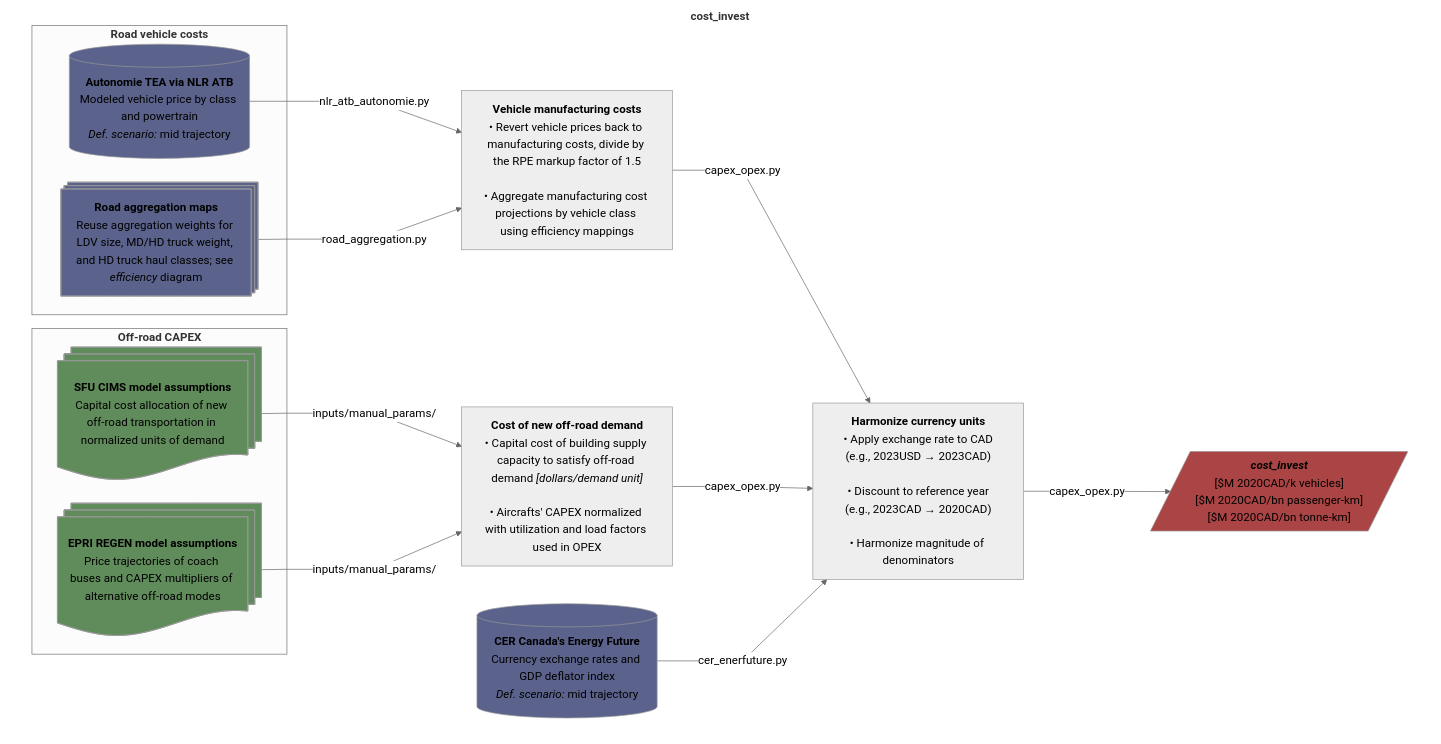
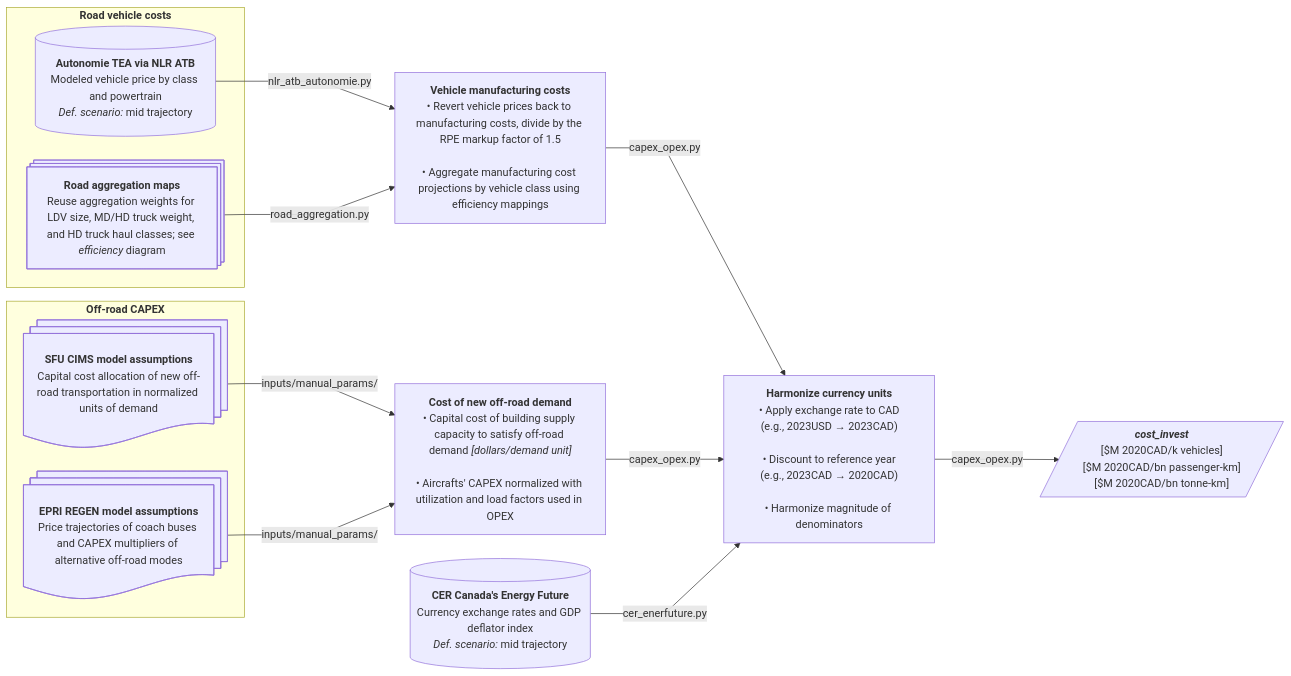
Before and after one commit to CANOE-main/canoe-transportation: the eighth of 9 diagrams in README.md, drawn with Mermaid. The commit also changed other lines of this file, not shown here.

Commit message:
Finally fixed flowchart color rendering. - removed any custom color rules and left themes by default. This fixes color rendering mismatches.

````diff
--- a/README.md
+++ b/README.md
@@ -595,62 +499,46 @@
 ```mermaid
 ---
 config:
   layout: dagre
-  theme: neutral
-  themeVariables:
-    fontSize: 17px
   flowchart:
     nodeSpacing: 35
     rankSpacing: 50
     wrappingWidth: 250
     curve: linear
 ---
 flowchart LR
-  subgraph canvas["`**cost_invest**`"]
-  direction LR
   s3[("`**CER Canada's Energy Future**<br>Currency exchange rates and GDP deflator index<br>*Def. scenario:* mid trajectory`")]
   subgraph offroad["`**Off-road CAPEX**`"]
 	  %% --- Sources ---
 	  s7@{shape: docs, label: "**SFU CIMS model assumptions**<br>Capital cost allocation of new off-road transportation in normalized units of demand"}
 	  s8@{shape: docs, label: "**EPRI REGEN model assumptions**<br>Price trajectories of coach buses and CAPEX multipliers of alternative off-road modes"}
   end
 	  
   %% --- Processes ---
   p3["`**Cost of new off-road demand**<br>• Capital cost of building supply capacity to satisfy off-road demand *[dollars/demand unit]*<br><br>• Aircrafts' CAPEX normalized with utilization and load factors used in OPEX`"]
   s7 & s8 -- inputs/manual_params/ --> p3
   
   subgraph road["`**Road vehicle costs**`"]
 	  %% --- Sources ---
 	  s1@{shape: processes, label: "**Road aggregation maps**<br>Reuse aggregation weights for LDV size, MD/HD truck weight, and HD truck haul classes; see *efficiency* diagram"}
 	  s2[("`**Autonomie TEA via NLR ATB**<br>Modeled vehicle price by class and powertrain<br>*Def. scenario:* mid trajectory`")]
   end
 	  
   %% --- Processes ---
   p2["`**Vehicle manufacturing costs**<br>• Revert vehicle prices back to manufacturing costs, divide by the RPE markup factor of 1.5<br><br>• Aggregate manufacturing cost projections by vehicle class using efficiency mappings`"]
   s2 -- nlr_atb_autonomie.py --> p2
   s1 -- road_aggregation.py --> p2
   
   p4["`**Harmonize currency units**<br>• Apply exchange rate to CAD<br>(e.g., 2023USD → 2023CAD)<br><br>• Discount to reference year<br>(e.g., 2023CAD → 2020CAD)<br><br>• Harmonize magnitude of denominators`"]
   p2 -- capex_opex.py --> p4
   p3 -- capex_opex.py --> p4
   s3 -- cer_enerfuture.py --> p4
 
   p4 -- capex_opex.py --> o1[/"`***cost_invest***<br>[$M 2020CAD/k vehicles]<br>[$M 2020CAD/bn passenger-km]<br>[$M 2020CAD/bn tonne-km]`"/]
-  end
-
-  %% --- Styling ---
-  style canvas fill:#ffffff,stroke:#ffffff
-  classDef database fill:#5b638c
-  classDef doc fill:#608c5b
-  classDef output fill:#ab4444
-
-  class s1,s2,s3 database;
-  class s7,s8 doc;
-  class o1 output;
 
   %% --- Hyperlinks ---
   click s8 "https://us-regen-docs.epri.com/v2025/assumptions/transportation.html#non-road-vehicles"
   click s7 "https://github.com/EMRG-SFU/cims-models/tree/main/sources/sectors"
   click s2 "https://vms.taps.anl.gov/research-highlights/vehicle-technologies/u-s-doe-vto-hfto-r-d-benefits/"
   click s3 "https://open.canada.ca/data/en/dataset/07c42deb-9435-43b9-a416-7ce316f3893d"
 ```
````
